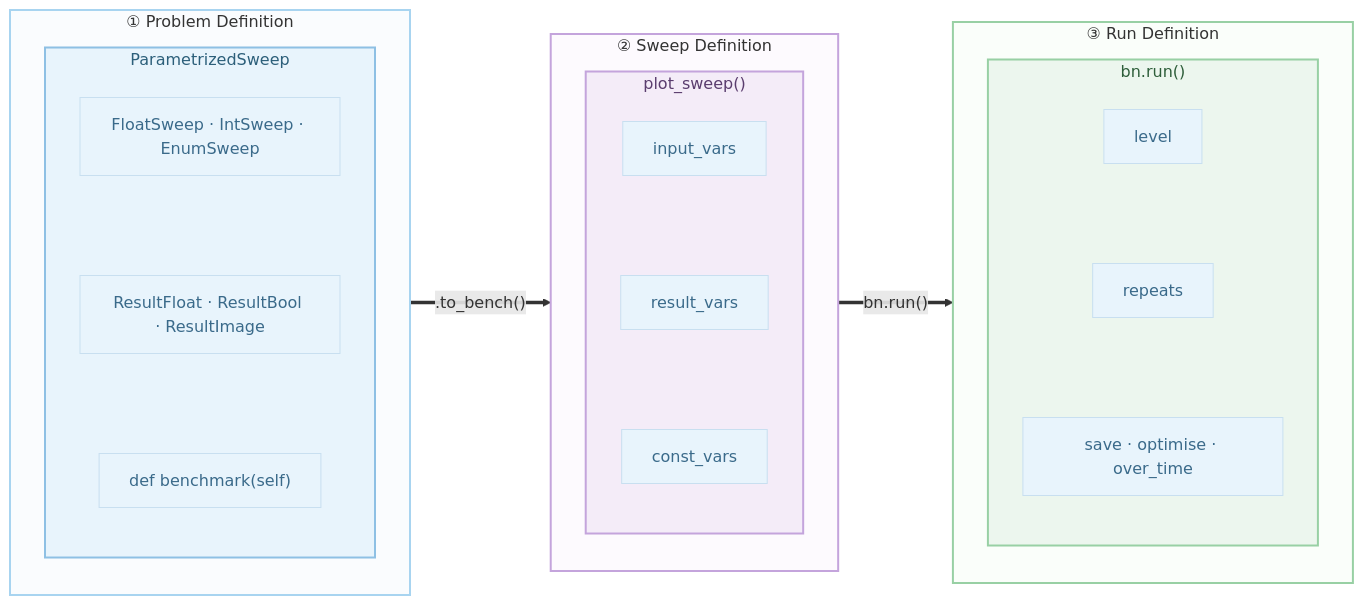
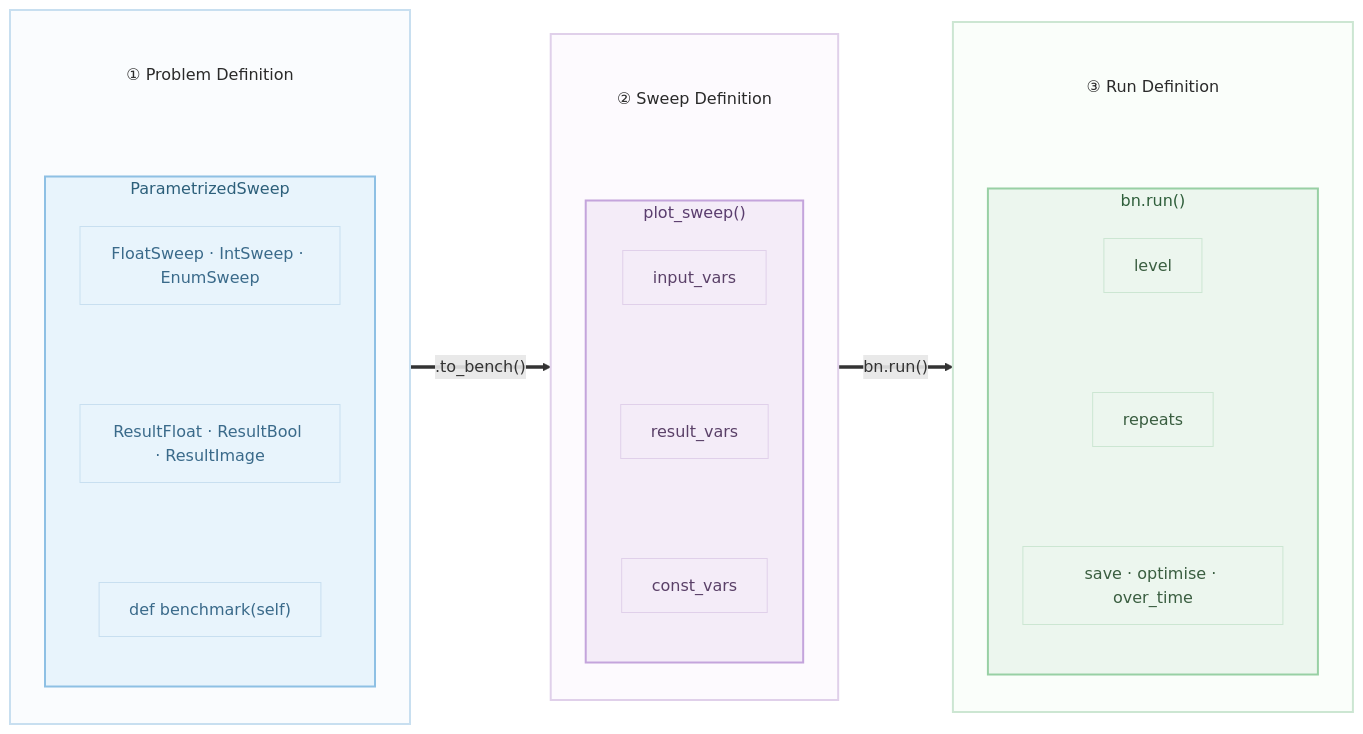
One commit to blooop/bencher changed the first of 2 diagrams in docs/concepts.md. Above: the diagram before and after it, drawn with Mermaid. The commit also changed other lines of this file, not shown here.

First line of the commit message:
docs: improve both mermaid diagrams

````diff
--- a/docs/concepts.md
+++ b/docs/concepts.md
@@ -53,47 +53,60 @@
 ```{mermaid}
 flowchart LR
-    subgraph Problem ["① Problem Definition"]
+    subgraph Problem [" "]
         direction TB
+        PT["① Problem Definition"]
         subgraph PS ["ParametrizedSweep"]
             direction TB
             Inputs[FloatSweep · IntSweep · EnumSweep]
             Results[ResultFloat · ResultBool · ResultImage]
             Fn["def benchmark(self)"]
             Inputs ~~~ Results ~~~ Fn
         end
+        PT ~~~ PS
     end
 
-    subgraph Sweep ["② Sweep Definition"]
+    subgraph Sweep [" "]
         direction TB
+        ST["② Sweep Definition"]
         subgraph SW ["plot_sweep()"]
             direction TB
             IV[input_vars]
             RV[result_vars]
             CV[const_vars]
             IV ~~~ RV ~~~ CV
         end
+        ST ~~~ SW
     end
 
-    subgraph Run ["③ Run Definition"]
+    subgraph Run [" "]
         direction TB
+        RT["③ Run Definition"]
         subgraph RN ["bn.run()"]
             direction TB
             Level[level]
             Repeats[repeats]
             Opts[save · optimise · over_time]
             Level ~~~ Repeats ~~~ Opts
         end
+        RT ~~~ RN
     end
 
     Problem == .to_bench() ==> Sweep == bn.run() ==> Run
 
-    classDef light fill:#e8f4fc,stroke:#c8dff0,color:#3a6a8a
-    class Inputs,Results,Fn,IV,RV,CV,Level,Repeats,Opts light
+    classDef title fill:none,stroke:none,color:#2a2a2a,font-size:16px
+    classDef blueLight fill:#e8f4fc,stroke:#c8dff0,color:#3a6a8a
+    classDef purpleLight fill:#f4ecf8,stroke:#e0d0ea,color:#5a4068
+    classDef greenLight fill:#ecf6ee,stroke:#cce6d2,color:#3a5e40
 
-    style Problem fill:#fafcfe,stroke:#a8d4f0,stroke-width:2px
-    style Sweep fill:#fdfafe,stroke:#c4a4dc,stroke-width:2px
-    style Run fill:#fafefa,stroke:#98d0a4,stroke-width:2px
+    class PT,ST,RT title
+    class Inputs,Results,Fn blueLight
+    class IV,RV,CV purpleLight
+    class Level,Repeats,Opts greenLight
+
+    style Problem fill:#fafcfe,stroke:#c8dff0,stroke-width:2px
+    style Sweep fill:#fdfafe,stroke:#e0d0ea,stroke-width:2px
+    style Run fill:#fafefa,stroke:#cce6d2,stroke-width:2px
     style PS fill:#e8f4fc,stroke:#8ec0e4,stroke-width:2px,color:#2c5f7a
     style SW fill:#f4ecf8,stroke:#c4a4dc,stroke-width:2px,color:#5a3d6e
     style RN fill:#ecf6ee,stroke:#98d0a4,stroke-width:2px,color:#2e5e3a
 ```
````
